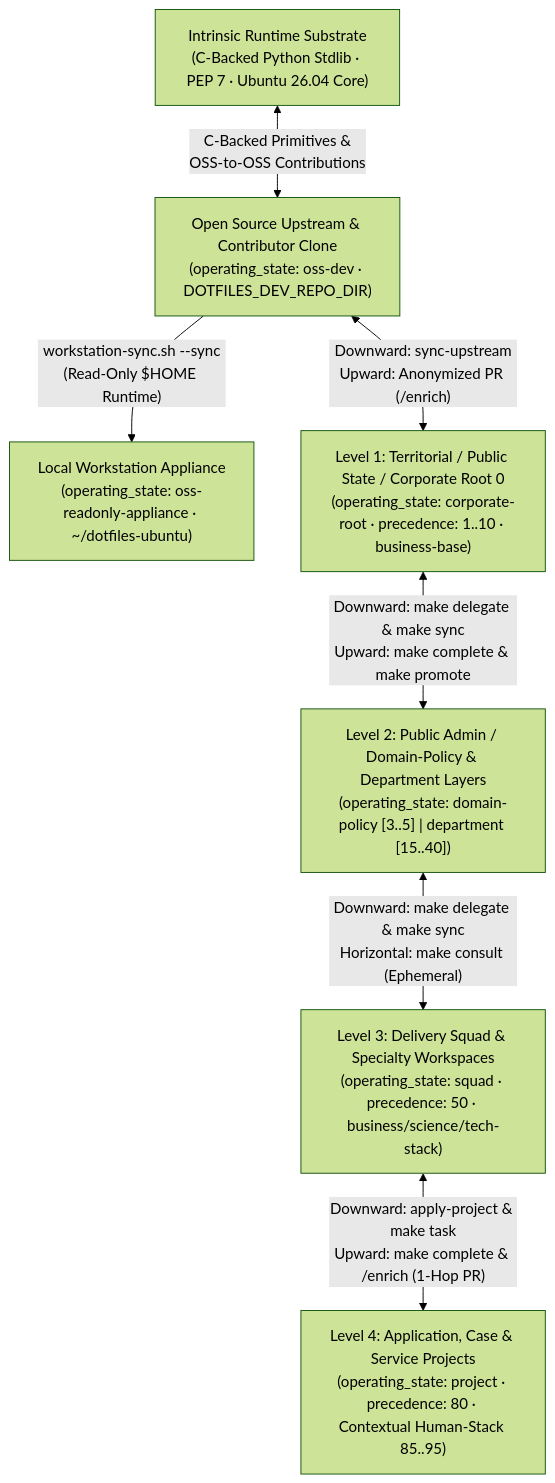
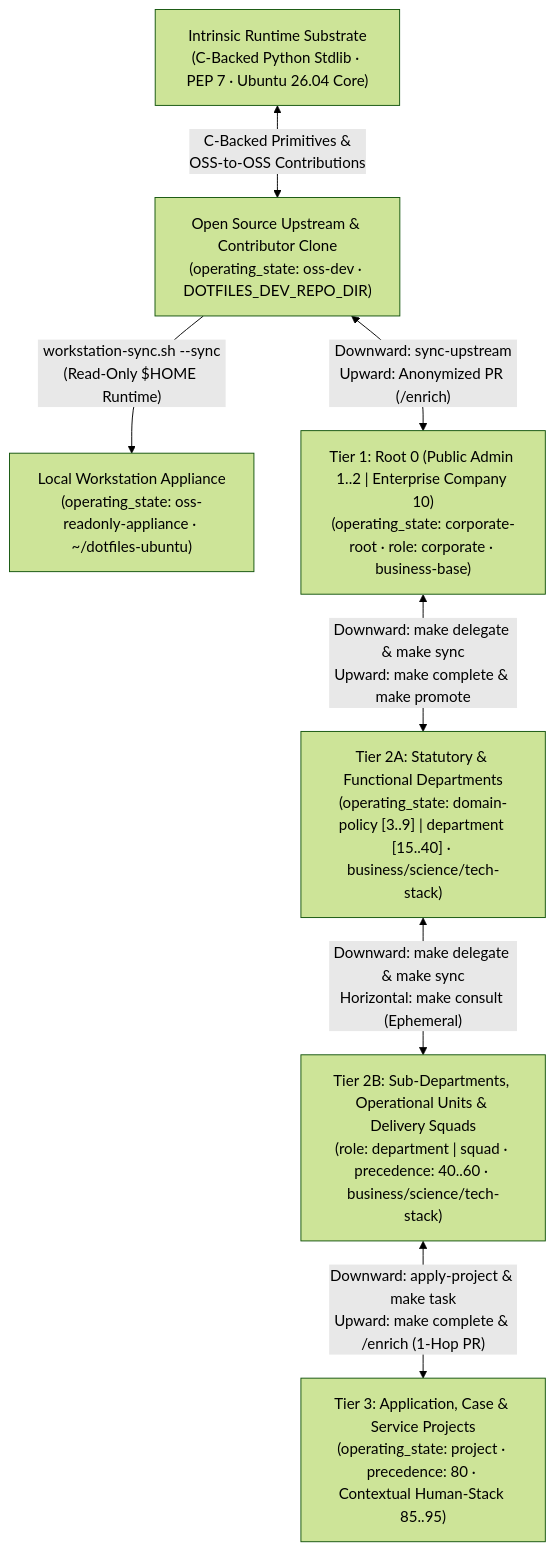
The first of 3 diagrams in README.md (mtwuser/dotfiles-ubuntu), drawn with Mermaid (forest theme) before and after one commit. The commit also changed other lines of this file and 19 other files, not shown here.

Commit message:
docs(governance): unify Root 0 precedence spectrum, recursive Department hierarchy, and 23-file doc parity

````diff
--- a/README.md
+++ b/README.md
@@ -74,17 +74,17 @@
 ```mermaid
 flowchart TD
     SUB["Intrinsic Runtime Substrate\n(C-Backed Python Stdlib · PEP 7 · Ubuntu 26.04 Core)"]
     OSS["Open Source Upstream & Contributor Clone\n(operating_state: oss-dev · DOTFILES_DEV_REPO_DIR)"]
     APP["Local Workstation Appliance\n(operating_state: oss-readonly-appliance · ~/dotfiles-ubuntu)"]
-    CORP["Level 1: Territorial / Public State / Corporate Root 0\n(operating_state: corporate-root · precedence: 1..10 · business-base)"]
-    DEPT["Level 2: Public Admin / Domain-Policy & Department Layers\n(operating_state: domain-policy [3..5] | department [15..40])"]
-    SQUAD["Level 3: Delivery Squad & Specialty Workspaces\n(operating_state: squad · precedence: 50 · business/science/tech-stack)"]
-    PROJ["Level 4: Application, Case & Service Projects\n(operating_state: project · precedence: 80 · Contextual Human-Stack 85..95)"]
+    CORP["Tier 1: Root 0 (Public Admin 1..2 | Enterprise Company 10)\n(operating_state: corporate-root · role: corporate · business-base)"]
+    DEPT["Tier 2A: Statutory & Functional Departments\n(operating_state: domain-policy [3..9] | department [15..40] · business/science/tech-stack)"]
+    SQUAD["Tier 2B: Sub-Departments, Operational Units & Delivery Squads\n(role: department | squad · precedence: 40..60 · business/science/tech-stack)"]
+    PROJ["Tier 3: Application, Case & Service Projects\n(operating_state: project · precedence: 80 · Contextual Human-Stack 85..95)"]
 
     SUB <-->|"C-Backed Primitives &\nOSS-to-OSS Contributions"| OSS
     OSS -->|"workstation-sync.sh --sync\n(Read-Only $HOME Runtime)"| APP
     OSS <-->|"Downward: sync-upstream\nUpward: Anonymized PR (/enrich)"| CORP
     CORP <-->|"Downward: make delegate & make sync\nUpward: make complete & make promote"| DEPT
     DEPT <-->|"Downward: make delegate & make sync\nHorizontal: make consult (Ephemeral)"| SQUAD
     SQUAD <-->|"Downward: apply-project & make task\nUpward: make complete & /enrich (1-Hop PR)"| PROJ
 ```
````
